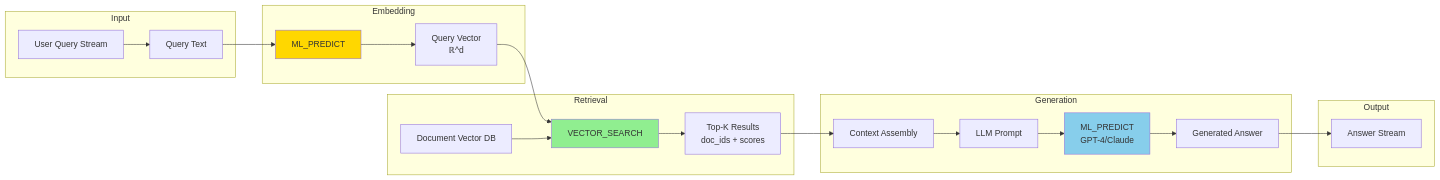
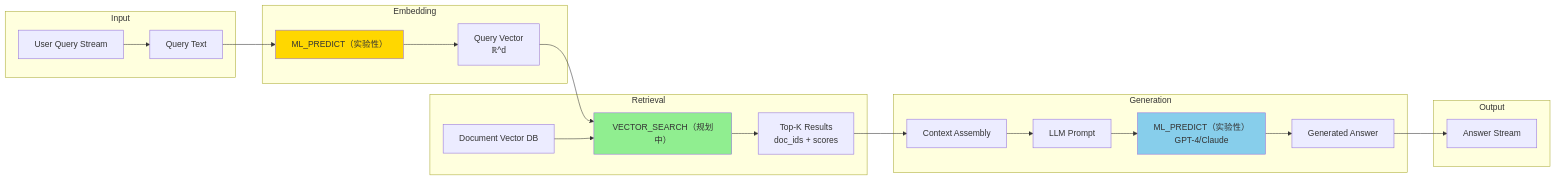
The third of 7 diagrams in Flink/02-core-mechanisms/flink-2.2-frontier-features.md (AdaMartin18010/AnalysisDataFlow), drawn with Mermaid before and after one commit. The commit also changed other lines of this file and 7 other files, not shown here.

````diff
--- a/Flink/02-core-mechanisms/flink-2.2-frontier-features.md
+++ b/Flink/02-core-mechanisms/flink-2.2-frontier-features.md
@@ -1280,32 +1284,32 @@
 ```mermaid
 flowchart LR
     subgraph "Input"
         A[User Query Stream] --> B[Query Text]
     end
 
     subgraph "Embedding"
-        B --> C[ML_PREDICT]
+        B --> C[ML_PREDICT（实验性）]
         C --> D[Query Vector<br/>ℝ^d]
     end
 
     subgraph "Retrieval"
-        D --> E[VECTOR_SEARCH]
+        D --> E[VECTOR_SEARCH（规划中）]
         F[Document Vector DB] --> E
         E --> G[Top-K Results<br/>doc_ids + scores]
     end
 
     subgraph "Generation"
         G --> H[Context Assembly]
         H --> I[LLM Prompt]
-        I --> J[ML_PREDICT<br/>GPT-4/Claude]
+        I --> J[ML_PREDICT（实验性）<br/>GPT-4/Claude]
         J --> K[Generated Answer]
     end
 
     subgraph "Output"
         K --> L[Answer Stream]
     end
 
     style C fill:#FFD700
     style E fill:#90EE90
     style J fill:#87CEEB
 ```
````
